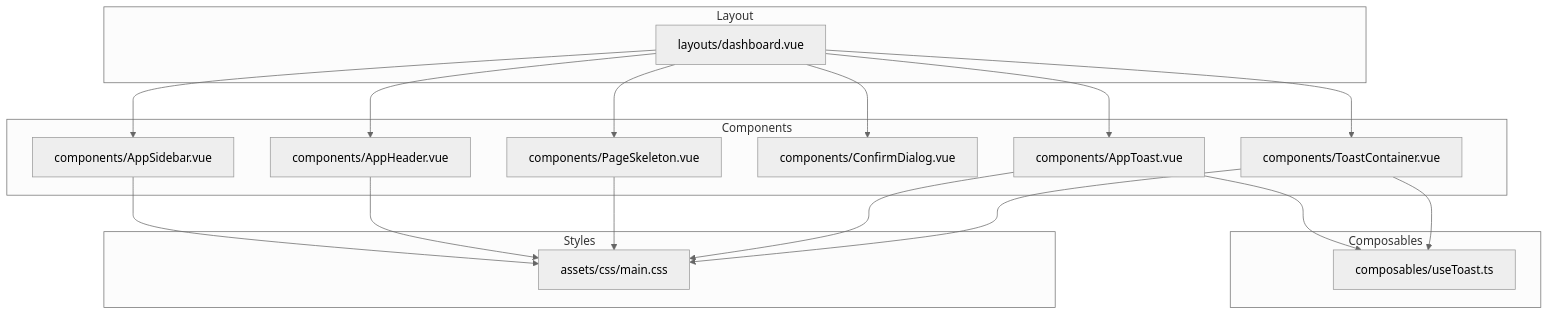
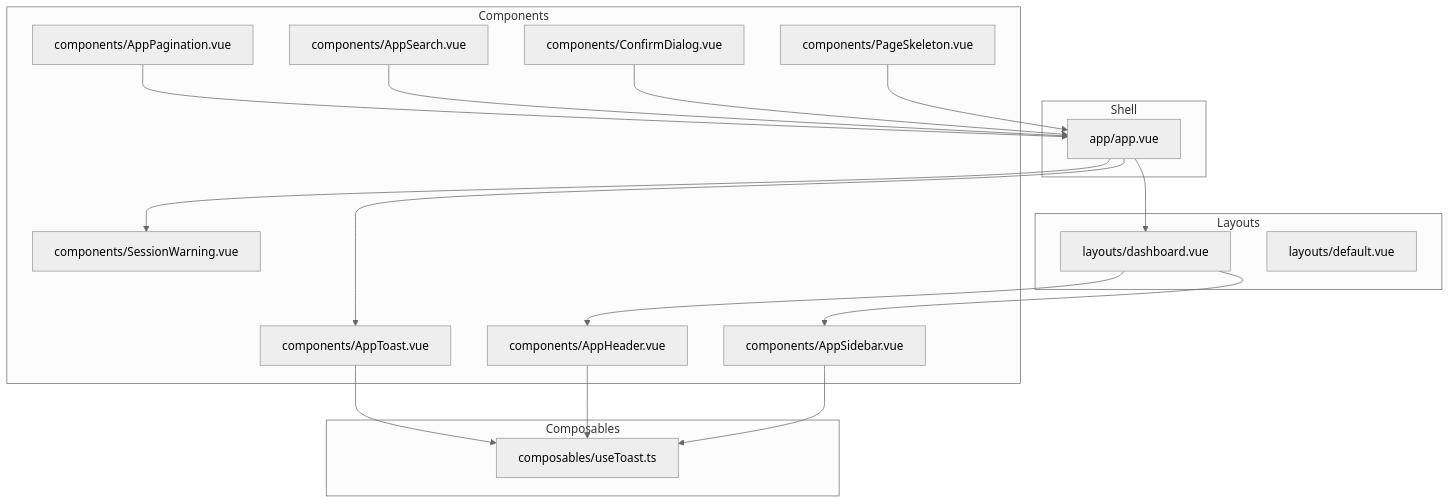
The first of 9 diagrams in .qoder/repowiki/en/content/Core UI Components/Core UI Components.md (Lazynerd-Studios/lacarte-atlas-console), drawn with Mermaid (neutral theme) before and after one commit. The commit also changed other lines of this file and 139 other files, not shown here.

````diff
--- a/.qoder/repowiki/en/content/Core UI Components/Core UI Components.md
+++ b/.qoder/repowiki/en/content/Core UI Components/Core UI Components.md
@@ -34,33 +36,35 @@
 ```mermaid
 graph TB
-subgraph "Layout"
-L["layouts/dashboard.vue"]
+subgraph "Layouts"
+D["layouts/dashboard.vue"]
+L["layouts/default.vue"]
 end
 subgraph "Components"
 S["components/AppSidebar.vue"]
 H["components/AppHeader.vue"]
-P["components/PageSkeleton.vue"]
+P["components/AppPagination.vue"]
+A["components/AppSearch.vue"]
+T["components/AppToast.vue"]
 C["components/ConfirmDialog.vue"]
-T1["components/AppToast.vue"]
-T2["components/ToastContainer.vue"]
+K["components/PageSkeleton.vue"]
+W["components/SessionWarning.vue"]
 end
 subgraph "Composables"
 U["composables/useToast.ts"]
 end
-subgraph "Styles"
-CSS["assets/css/main.css"]
+subgraph "Shell"
+R["app/app.vue"]
 end
-L --> S
-L --> H
-L --> P
-L --> C
-L --> T1
-L --> T2
-T1 --> U
-T2 --> U
-S --> CSS
-H --> CSS
-P --> CSS
-T1 --> CSS
-T2 --> CSS
+R --> D
+D --> S
+D --> H
+R --> W
+R --> T
+T --> U
+H --> U
+S --> U
+P --> R
+A --> R
+C --> R
+K --> R
 ```
````
